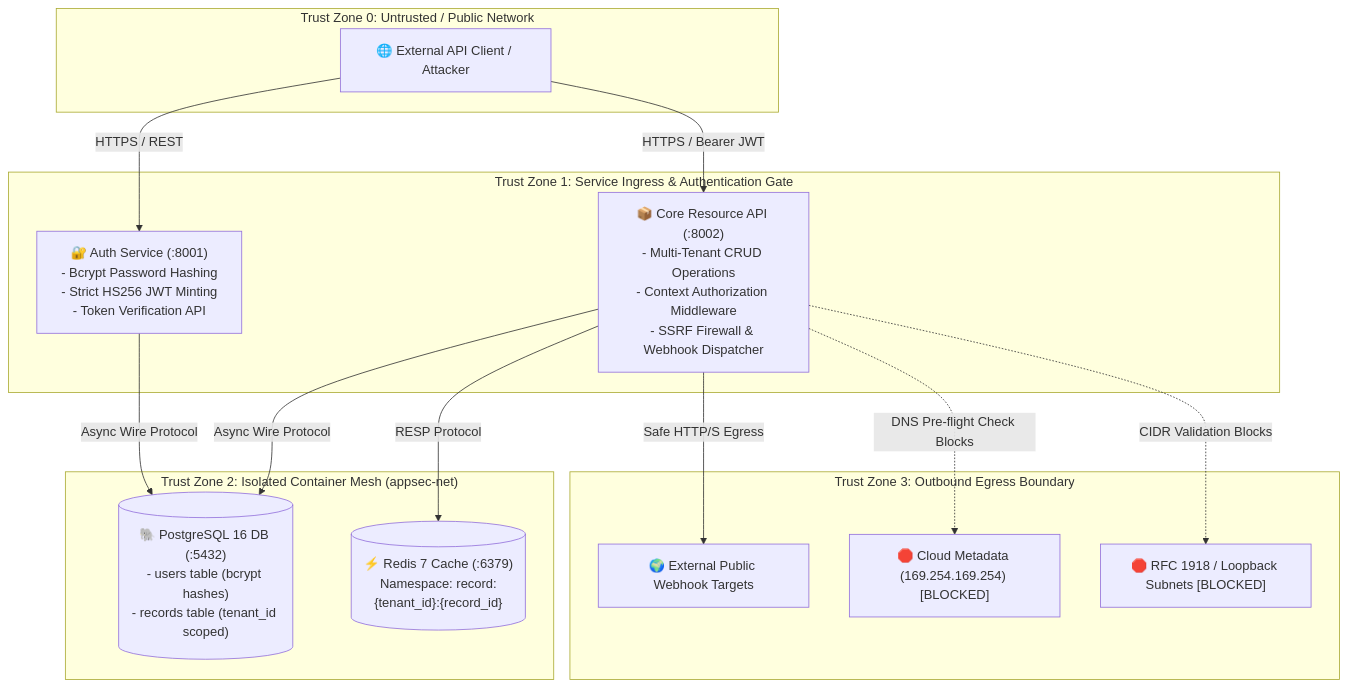
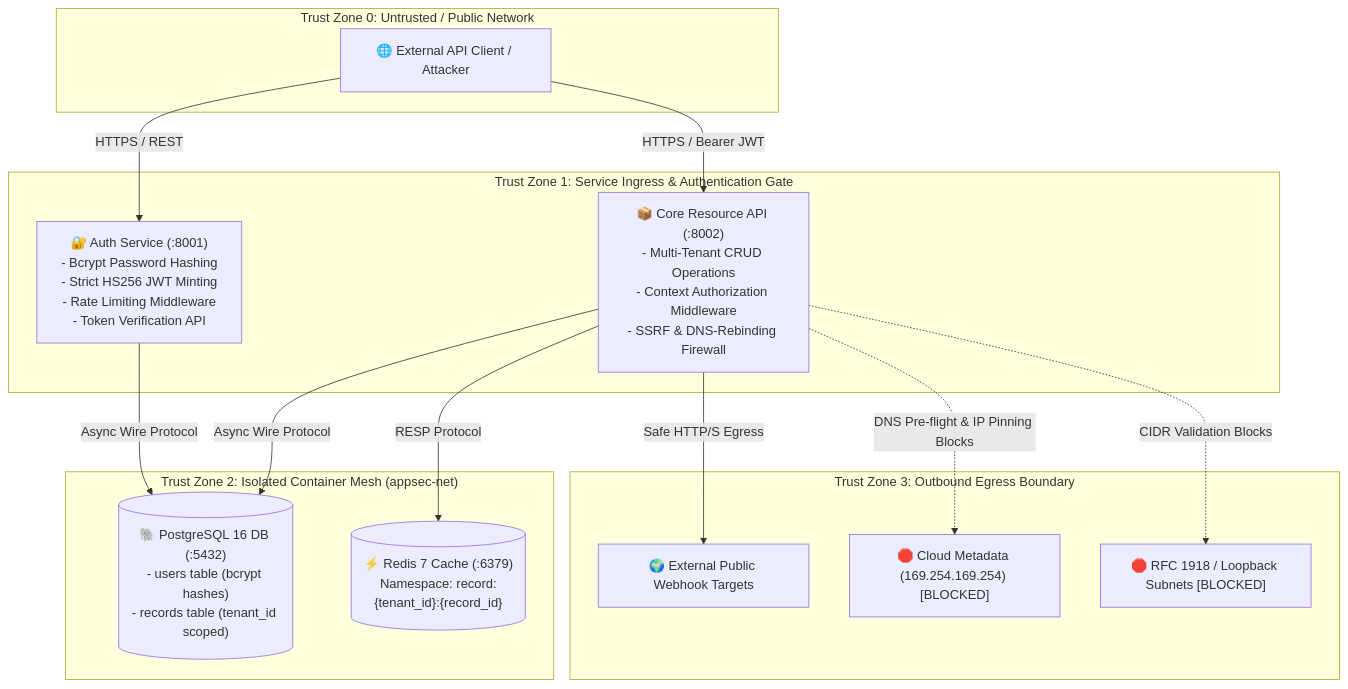
The diagram in README.md (yasaman138/appsec), drawn with Mermaid before and after one commit. The commit also changed other lines of this file and 2 other files, not shown here.

First line of the commit message:
docs(security): document DNS rebinding defense, rate limiting, and security headers

````diff
--- a/README.md
+++ b/README.md
@@ -40,31 +41,31 @@
 ```mermaid
 flowchart TB
     subgraph TZ0["Trust Zone 0: Untrusted / Public Network"]
         Client["🌐 External API Client / Attacker"]
     end
 
     subgraph TZ1["Trust Zone 1: Service Ingress & Authentication Gate"]
-        AuthSvc["🔐 Auth Service (:8001)\n- Bcrypt Password Hashing\n- Strict HS256 JWT Minting\n- Token Verification API"]
-        CoreApi["📦 Core Resource API (:8002)\n- Multi-Tenant CRUD Operations\n- Context Authorization Middleware\n- SSRF Firewall & Webhook Dispatcher"]
+        AuthSvc["🔐 Auth Service (:8001)\n- Bcrypt Password Hashing\n- Strict HS256 JWT Minting\n- Rate Limiting Middleware\n- Token Verification API"]
+        CoreApi["📦 Core Resource API (:8002)\n- Multi-Tenant CRUD Operations\n- Context Authorization Middleware\n- SSRF & DNS-Rebinding Firewall"]
     end
 
     subgraph TZ2["Trust Zone 2: Isolated Container Mesh (appsec-net)"]
         RedisCache[("⚡ Redis 7 Cache (:6379)\nNamespace: record:{tenant_id}:{record_id}")]
         PgDb[("🐘 PostgreSQL 16 DB (:5432)\n- users table (bcrypt hashes)\n- records table (tenant_id scoped)")]
     end
 
     subgraph TZ3["Trust Zone 3: Outbound Egress Boundary"]
         ExtWebhooks["🌍 External Public Webhook Targets"]
         CloudMeta["🛑 Cloud Metadata (169.254.169.254) [BLOCKED]"]
         InternalNet["🛑 RFC 1918 / Loopback Subnets [BLOCKED]"]
     end
 
     Client -->|HTTPS / REST| AuthSvc
     Client -->|HTTPS / Bearer JWT| CoreApi
     AuthSvc -->|Async Wire Protocol| PgDb
     CoreApi -->|Async Wire Protocol| PgDb
     CoreApi -->|RESP Protocol| RedisCache
     CoreApi -->|Safe HTTP/S Egress| ExtWebhooks
-    CoreApi -.->|DNS Pre-flight Check Blocks| CloudMeta
+    CoreApi -.->|DNS Pre-flight & IP Pinning Blocks| CloudMeta
     CoreApi -.->|CIDR Validation Blocks| InternalNet
 ```
````
